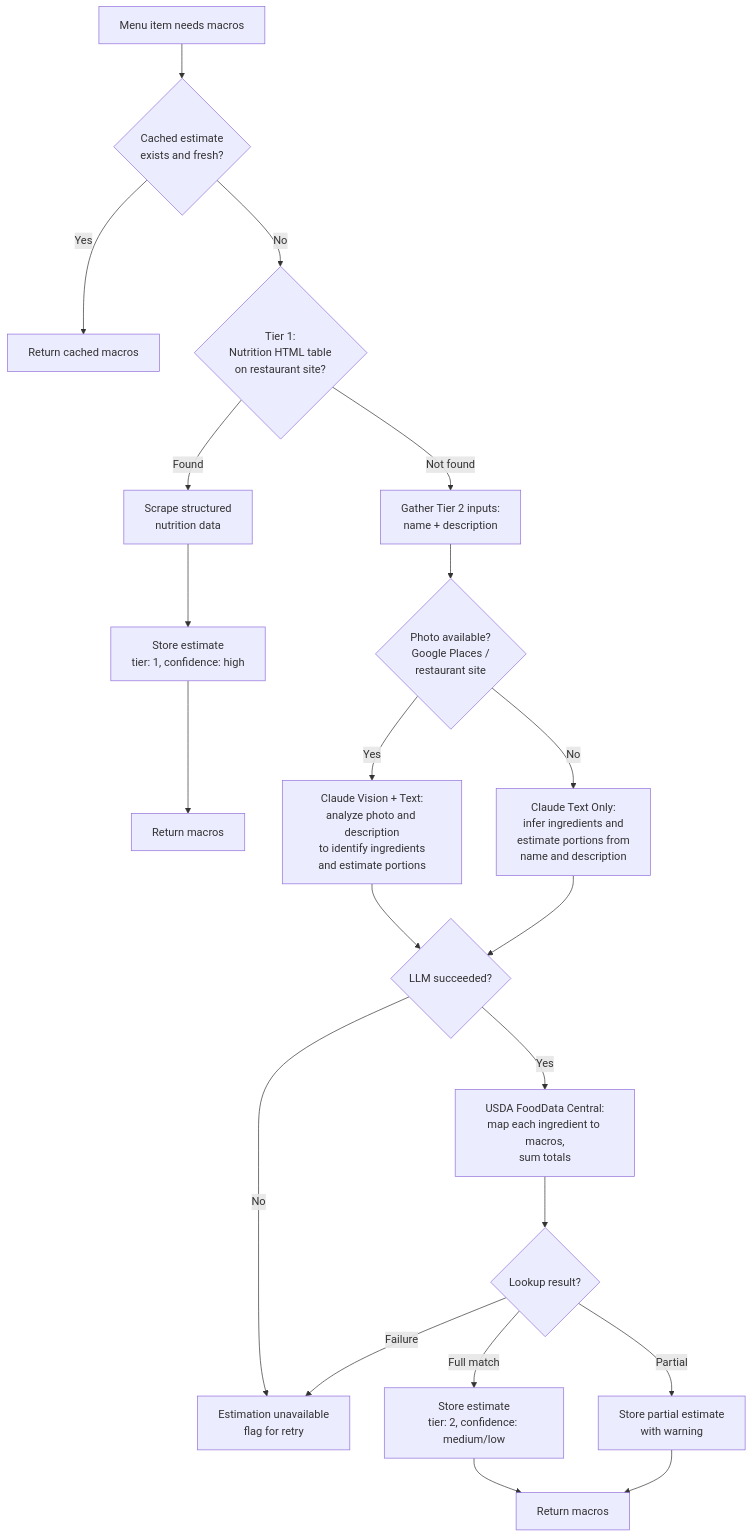
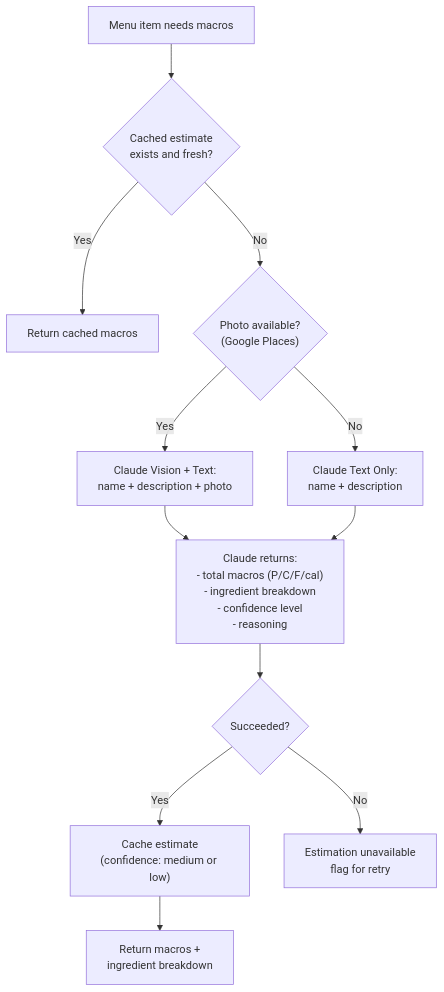
One commit to dgmolla/fitsy changed the third of 4 diagrams in docs/engineering/backend/system-design.md. Above: the diagram before and after it, drawn with Mermaid. The commit also changed other lines of this file and 3 other files, not shown here.

First line of the commit message:
Simplify to single LLM pipeline — drop tiers and USDA for MVP

````diff
--- a/docs/engineering/backend/system-design.md
+++ b/docs/engineering/backend/system-design.md
@@ -134,31 +101,19 @@
 ```mermaid
 flowchart TD
     Start["Menu item needs macros"] --> CacheCheck{"Cached estimate<br/>exists and fresh?"}
 
     CacheCheck -- "Yes" --> ReturnCached["Return cached macros"]
-    CacheCheck -- "No" --> T1{"Tier 1:<br/>Nutrition HTML table<br/>on restaurant site?"}
+    CacheCheck -- "No" --> PhotoCheck{"Photo available?<br/>(Google Places)"}
 
-    T1 -- "Found" --> HTMLScrape["Scrape structured<br/>nutrition data"]
-    HTMLScrape --> StoreT1["Store estimate<br/>tier: 1, confidence: high"]
-    StoreT1 --> Return1["Return macros"]
+    PhotoCheck -- "Yes" --> WithPhoto["Claude Vision + Text:<br/>name + description + photo"]
+    PhotoCheck -- "No" --> TextOnly["Claude Text Only:<br/>name + description"]
 
-    T1 -- "Not found" --> T2Inputs["Gather Tier 2 inputs:<br/>name + description"]
-    T2Inputs --> PhotoCheck{"Photo available?<br/>Google Places /<br/>restaurant site"}
+    WithPhoto --> LLM["Claude returns:<br/>- total macros (P/C/F/cal)<br/>- ingredient breakdown<br/>- confidence level<br/>- reasoning"]
+    TextOnly --> LLM
 
-    PhotoCheck -- "Yes" --> T2Photo["Claude Vision + Text:<br/>analyze photo and description<br/>to identify ingredients<br/>and estimate portions"]
-    PhotoCheck -- "No" --> T2Text["Claude Text Only:<br/>infer ingredients and<br/>estimate portions from<br/>name and description"]
+    LLM --> OK{"Succeeded?"}
+    OK -- "Yes" --> Store["Cache estimate<br/>(confidence: medium or low)"]
+    OK -- "No" --> Unavailable["Estimation unavailable<br/>flag for retry"]
 
-    T2Photo --> T2OK{"LLM succeeded?"}
-    T2Text --> T2OK
-
-    T2OK -- "Yes" --> USDA["USDA FoodData Central:<br/>map each ingredient to macros,<br/>sum totals"]
-    T2OK -- "No" --> Unavailable["Estimation unavailable<br/>flag for retry"]
-
-    USDA --> USDAOK{"Lookup result?"}
-    USDAOK -- "Full match" --> StoreT2["Store estimate<br/>tier: 2, confidence: medium/low"]
-    USDAOK -- "Partial" --> StoreT2Warn["Store partial estimate<br/>with warning"]
-    USDAOK -- "Failure" --> Unavailable
-
-    StoreT2 --> Return2["Return macros"]
-    StoreT2Warn --> Return2
+    Store --> Return["Return macros +<br/>ingredient breakdown"]
 ```
````
